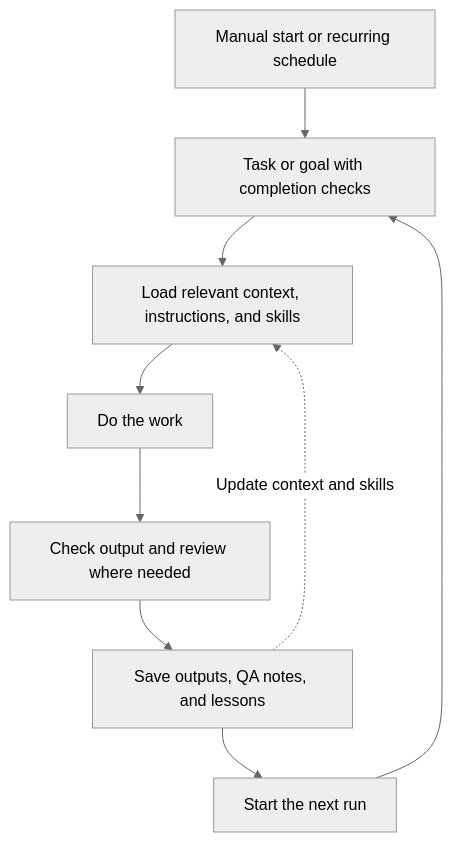
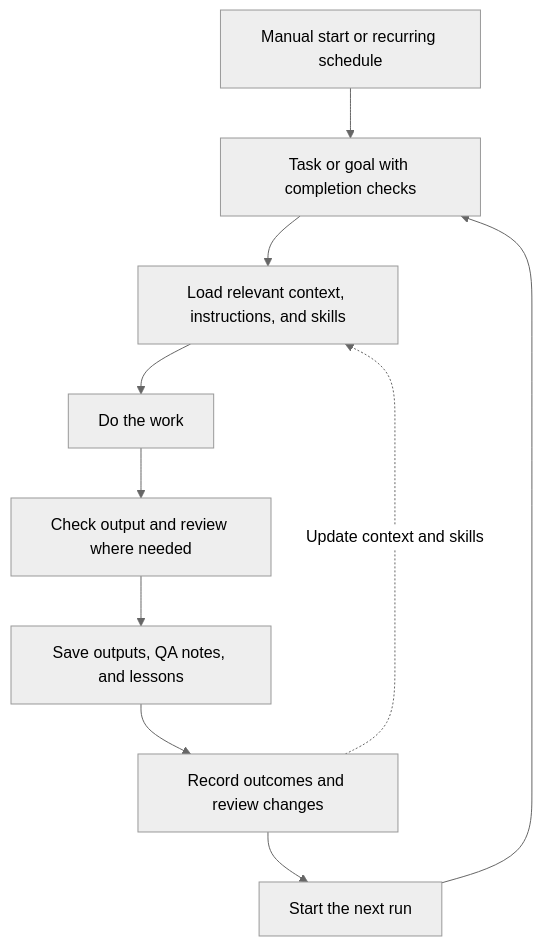
One commit to JamesonCodes/project-showcase changed the diagram in docs/repository-driven-ai-workflows.md. Above: the diagram before and after it, drawn with Mermaid (neutral theme). The commit also changed other lines of this file, not shown here.

Commit message:
Clarify outcome feedback in repository-driven workflows

````diff
--- a/docs/repository-driven-ai-workflows.md
+++ b/docs/repository-driven-ai-workflows.md
@@ -17,11 +17,12 @@
 ```mermaid
 flowchart TD
     Start[Manual start or recurring schedule] --> Task[Task or goal with completion checks]
     Task --> Context[Load relevant context, instructions, and skills]
     Context --> Work[Do the work]
     Work --> Review[Check output and review where needed]
     Review --> Save[Save outputs, QA notes, and lessons]
-    Save --> Next[Start the next run]
+    Save --> Feedback[Record outcomes and review changes]
+    Feedback --> Next[Start the next run]
     Next --> Task
-    Save -. Update context and skills .-> Context
+    Feedback -. Update context and skills .-> Context
 ```
````
